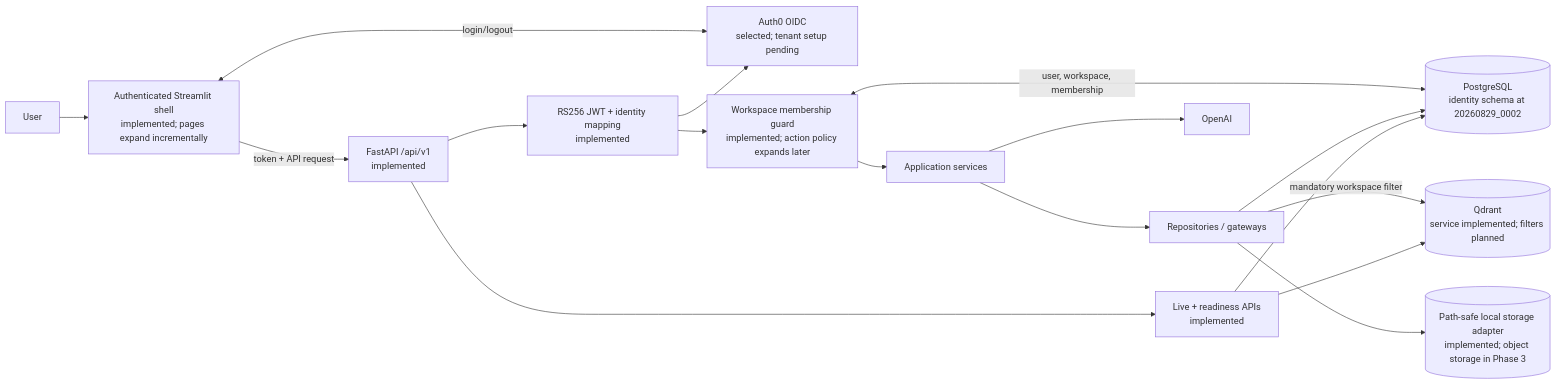
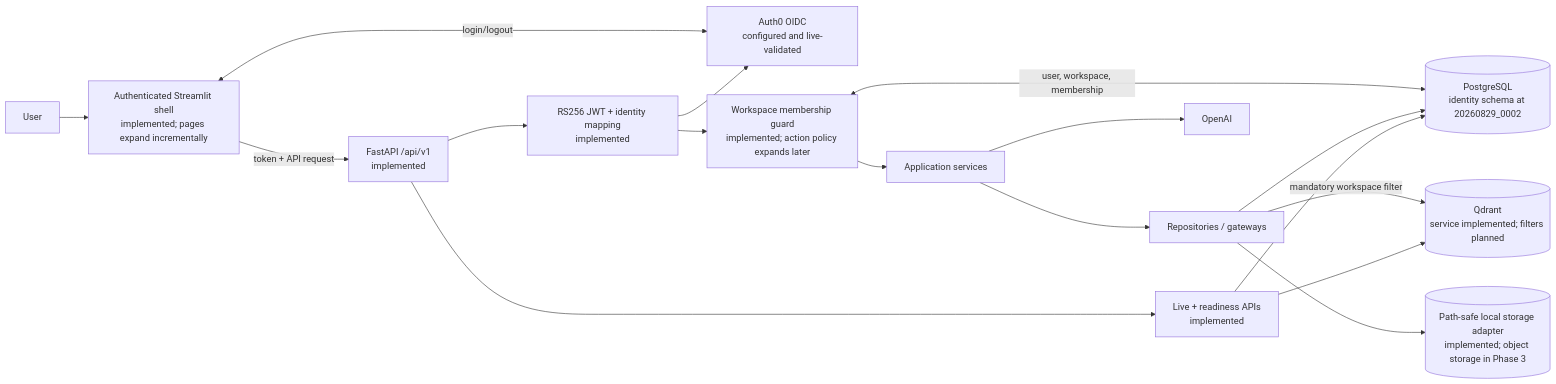
One commit to mvyas412/ai-projects changed the fourth of 11 diagrams in mm-rag-full-stack-genai-bootcamp-2.0/docs/architecture/ARCHITECTURE.md. Above: the diagram before and after it, drawn with Mermaid. The commit also changed other lines of this file and 4 other files, not shown here.

Commit message:
fix(mm-rag): complete live Auth0 acceptance

````diff
--- a/mm-rag-full-stack-genai-bootcamp-2.0/docs/architecture/ARCHITECTURE.md
+++ b/mm-rag-full-stack-genai-bootcamp-2.0/docs/architecture/ARCHITECTURE.md
@@ -208,19 +207,19 @@
 ```mermaid
 flowchart LR
     user["User"] --> st["Authenticated Streamlit shell<br/>implemented; pages expand incrementally"]
-    st <-->|"login/logout"| idp["Auth0 OIDC<br/>selected; tenant setup pending"]
+    st <-->|"login/logout"| idp["Auth0 OIDC<br/>configured and live-validated"]
     st -->|"token + API request"| routes["FastAPI /api/v1<br/>implemented"]
     routes --> authn["RS256 JWT + identity mapping<br/>implemented"]
     authn --> idp
     authn --> authz["Workspace membership guard<br/>implemented; action policy expands later"]
     authz <-->|"user, workspace, membership"| pg[("PostgreSQL<br/>identity schema at 20260829_0002")]
     authz --> services["Application services"]
     services --> repos["Repositories / gateways"]
     repos --> pg
     repos -->|"mandatory workspace filter"| qd[("Qdrant<br/>service implemented; filters planned")]
     repos --> files[("Path-safe local storage adapter<br/>implemented; object storage in Phase 3")]
     services --> openai["OpenAI"]
     health["Live + readiness APIs<br/>implemented"] --> pg
     health --> qd
     routes --> health
 ```
````
